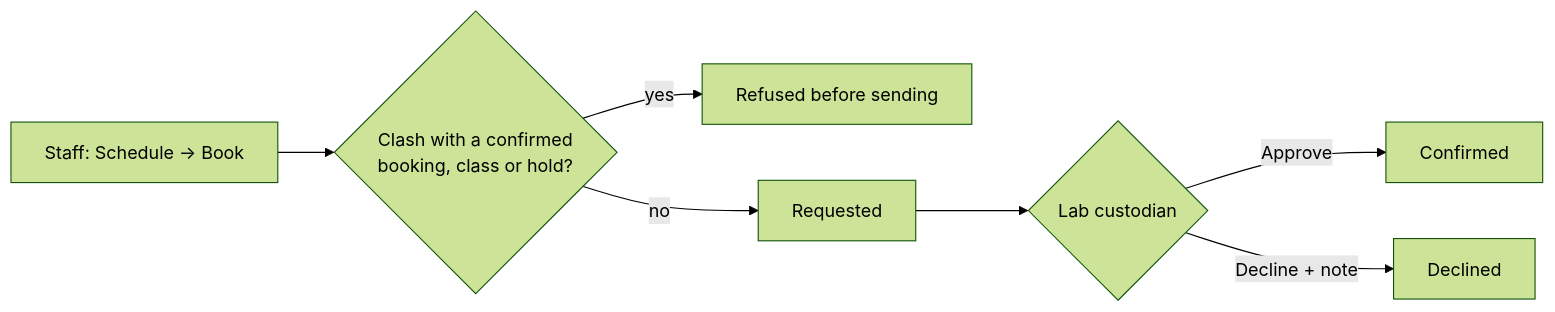
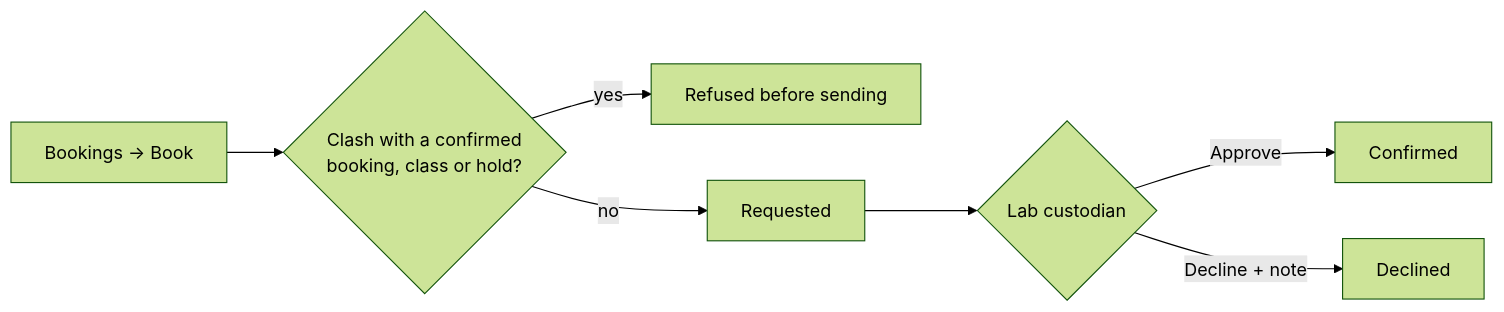
Before and after one commit to diagomike/lab_resource_v2: the fourth of 5 diagrams in docs/user-guide/appendix.md, drawn with Mermaid (forest theme). The commit also changed other lines of this file and 351 other files, not shown here.

````diff
--- a/docs/user-guide/appendix.md
+++ b/docs/user-guide/appendix.md
@@ -52,9 +66,9 @@
 ```mermaid
 flowchart LR
-  S[Staff: Schedule → Book] --> Q{Clash with a confirmed<br/>booking, class or hold?}
+  S[Bookings → Book] --> Q{Clash with a confirmed<br/>booking, class or hold?}
   Q -- yes --> X[Refused before sending]
   Q -- no --> R[Requested]
   R --> C{Lab custodian}
   C -- Approve --> OK[Confirmed]
   C -- Decline + note --> NO[Declined]
 ```
````
